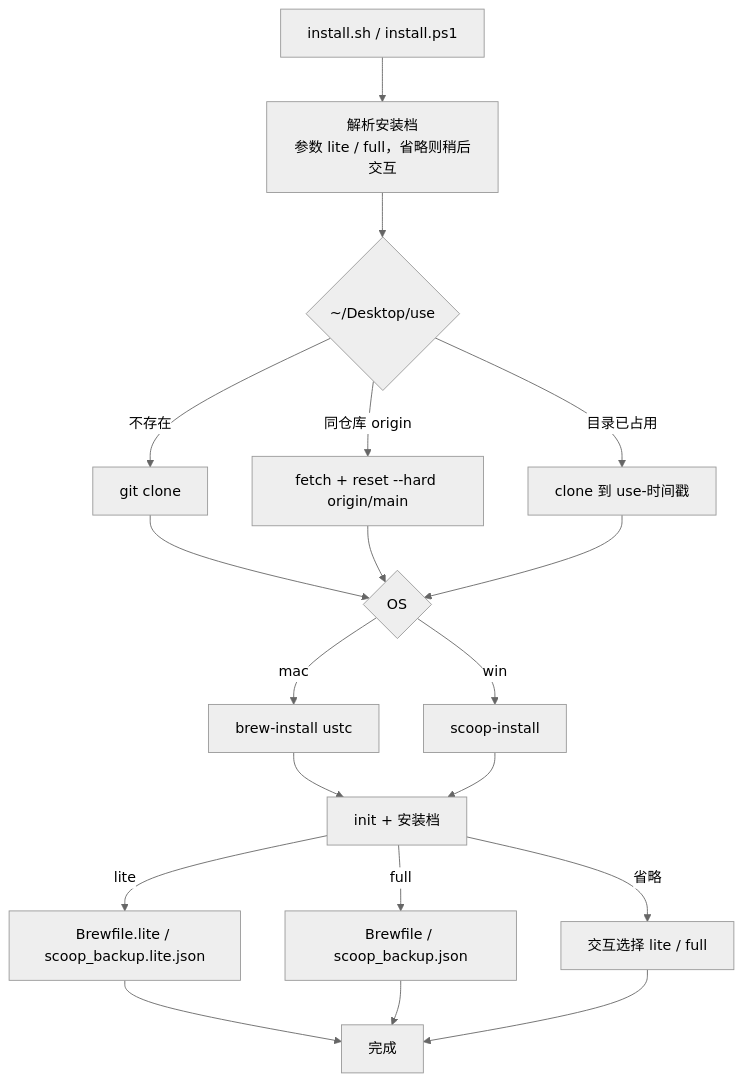
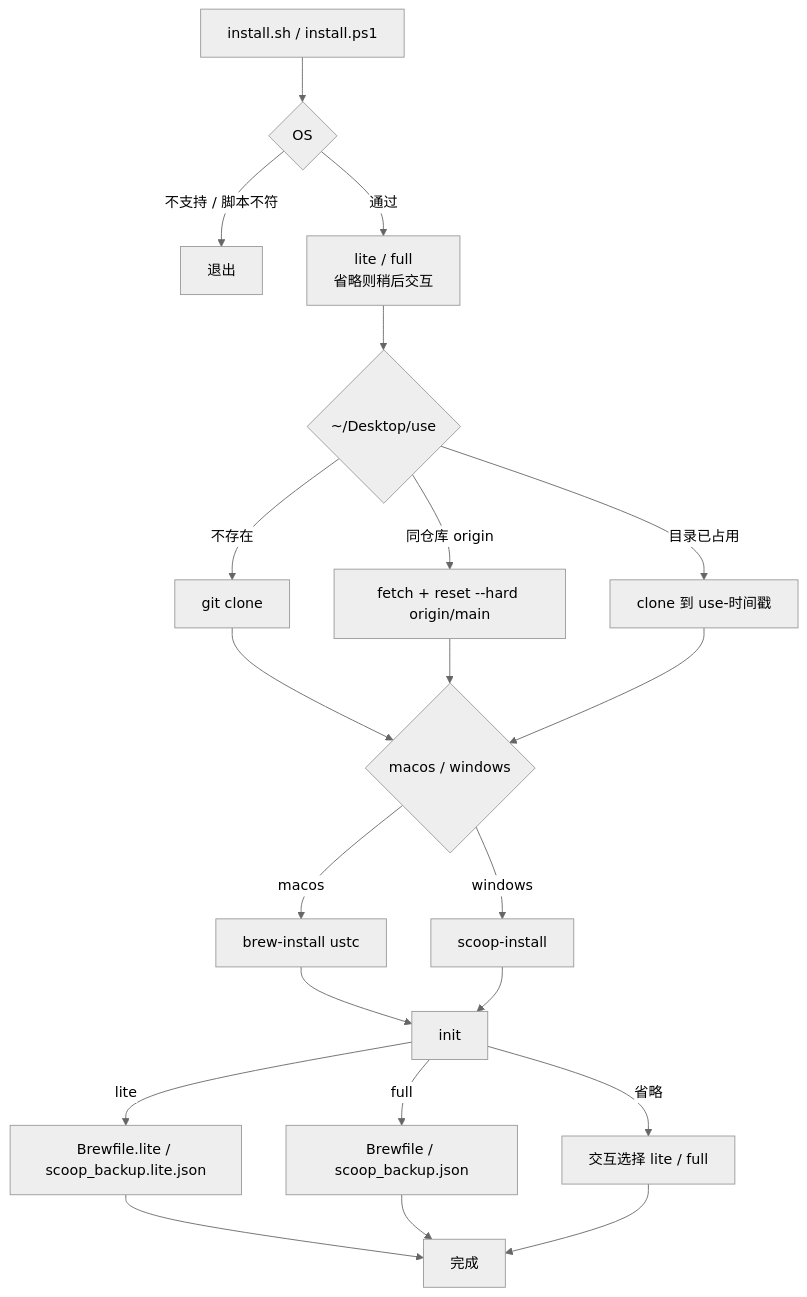
One commit to wwlight/use changed the first of 4 diagrams in README.md. Above: the diagram before and after it, drawn with Mermaid (neutral theme). The commit also changed other lines of this file and 25 other files, not shown here.

Commit message:
feat(install): add macOS support with improved environment detection and configuration management

````diff
--- a/README.md
+++ b/README.md
@@ -190,21 +190,26 @@
 ```mermaid
 flowchart TD
-  A["install.sh / install.ps1"] --> B["解析安装档<br/>参数 lite / full，省略则稍后交互"]
-  B --> C{"~/Desktop/use"}
-  C -->|不存在| D["git clone"]
-  C -->|同仓库 origin| E["fetch + reset --hard origin/main"]
-  C -->|目录已占用| F["clone 到 use-时间戳"]
-  D --> G{"OS"}
-  E --> G
-  F --> G
-  G -->|mac| H["brew-install ustc"]
-  G -->|win| I["scoop-install"]
-  H --> J["init + 安装档"]
-  I --> J
-  J -->|lite| K["Brewfile.lite / scoop_backup.lite.json"]
-  J -->|full| L["Brewfile / scoop_backup.json"]
-  J -->|省略| M["交互选择 lite / full"]
-  K --> N["完成"]
-  L --> N
-  M --> N
+  A["install.sh / install.ps1"] --> B{"OS"}
+  B -->|不支持 / 脚本不符| X["退出"]
+  B -->|通过| C["lite / full<br/>省略则稍后交互"]
+  C --> D{"~/Desktop/use"}
+
+  D -->|不存在| E["git clone"]
+  D -->|同仓库 origin| F["fetch + reset --hard origin/main"]
+  D -->|目录已占用| G["clone 到 use-时间戳"]
+
+  E --> H{"macos / windows"}
+  F --> H
+  G --> H
+  H -->|macos| I["brew-install ustc"]
+  H -->|windows| J["scoop-install"]
+  I --> K["init"]
+  J --> K
+
+  K -->|lite| L["Brewfile.lite / scoop_backup.lite.json"]
+  K -->|full| M["Brewfile / scoop_backup.json"]
+  K -->|省略| N["交互选择 lite / full"]
+  L --> O["完成"]
+  M --> O
+  N --> O
 ```
````
